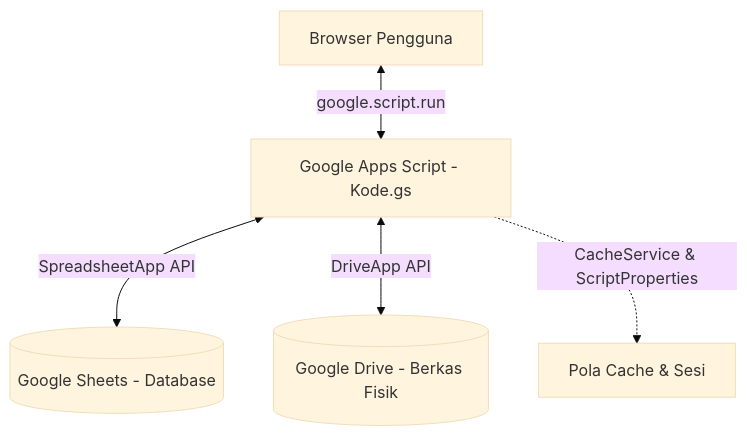
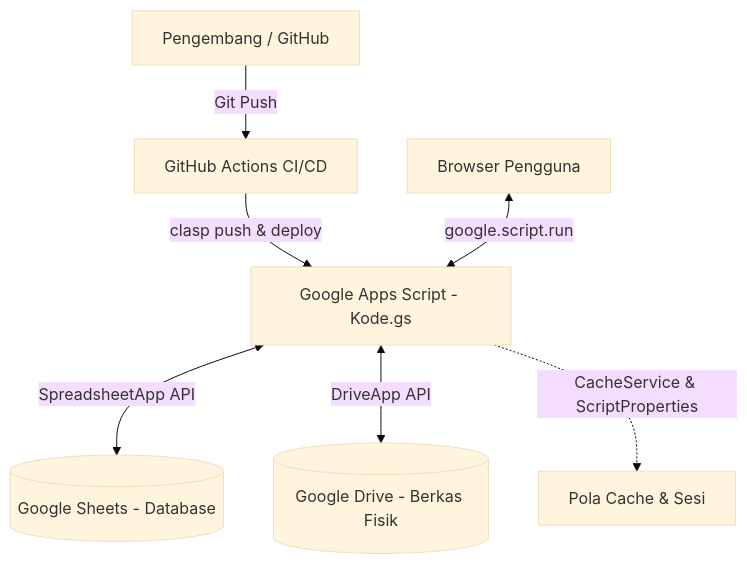
The diagram in DESIGN.md (Ummu13/aplikasi-arsip), drawn with Mermaid (base theme) before and after one commit. The commit also changed other lines of this file and 4 other files, not shown here.

````diff
--- a/DESIGN.md
+++ b/DESIGN.md
@@ -12,7 +12,10 @@
 ```mermaid
 graph TD
-    Client[Browser Pengguna] <-->|google.script.run| GAS[Google Apps Script - Kode.gs]
+    Dev[Pengembang / GitHub] -->|Git Push| GitHubActions[GitHub Actions CI/CD]
+    GitHubActions -->|clasp push & deploy| GAS[Google Apps Script - Kode.gs]
+    
+    Client[Browser Pengguna] <-->|google.script.run| GAS
     GAS <-->|SpreadsheetApp API| Sheets[(Google Sheets - Database)]
     GAS <-->|DriveApp API| Drive[(Google Drive - Berkas Fisik)]
     GAS -.->|CacheService & ScriptProperties| Cache[Pola Cache & Sesi]
 ```
````
